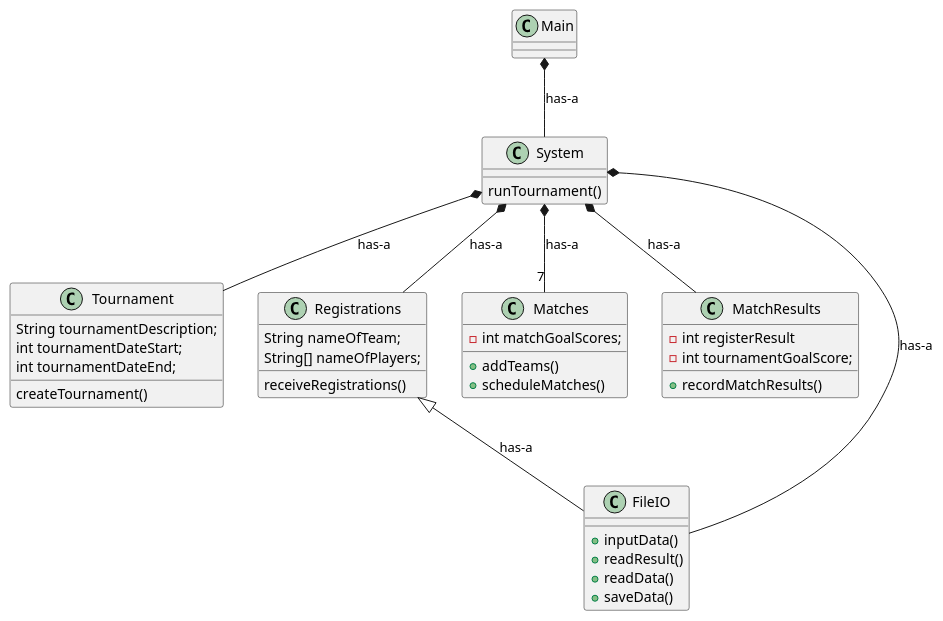
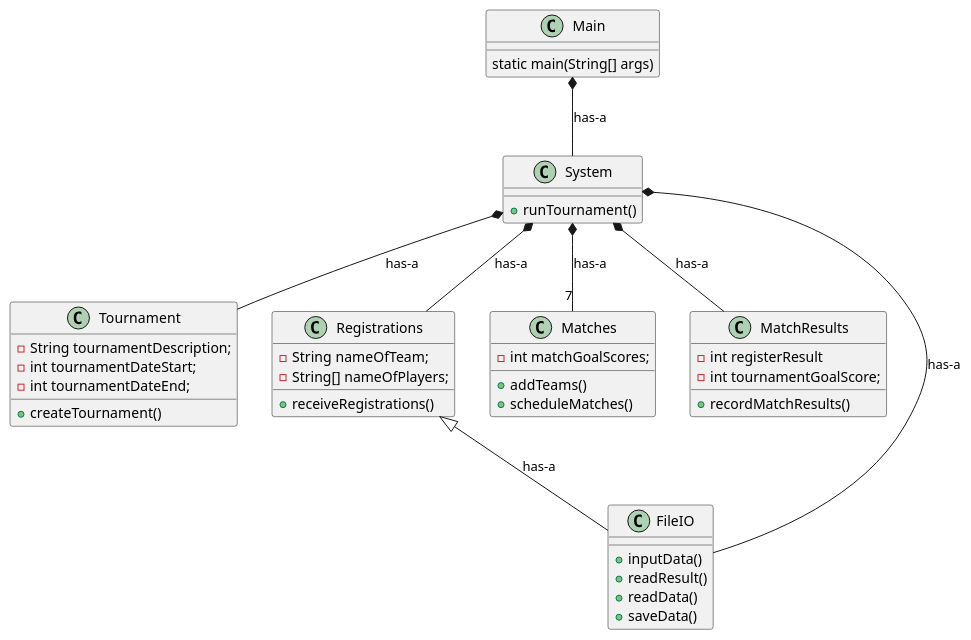
The diagram in Documentation/KlasseDiagram.puml (NikolajKaspersen/Tournament), drawn with PlantUML before and after one commit.

Commit message:
KlasseDiagram

```diff
--- a/Documentation/KlasseDiagram.puml
+++ b/Documentation/KlasseDiagram.puml
@@ -1,59 +1,60 @@
 @startuml
 class Main
 {
+static main(String[] args)
 }
 
 class System
 {
-    runTournament()
+    +runTournament()
 }
 
 class Tournament
 {
-    String tournamentDescription;
-    int tournamentDateStart;
-    int tournamentDateEnd;
+    -String tournamentDescription;
+    -int tournamentDateStart;
+    -int tournamentDateEnd;
 
-    createTournament()
+    +createTournament()
 }
 
 class Registrations
 {
-    String nameOfTeam;
-    String[] nameOfPlayers;
+    -String nameOfTeam;
+    -String[] nameOfPlayers;
 
-    receiveRegistrations()
+    +receiveRegistrations()
 }
 
 class Matches
 {
     -int matchGoalScores;
 
     +addTeams()
     +scheduleMatches()
 }
 
 class MatchResults
 {
     - int registerResult
     - int tournamentGoalScore;
     +recordMatchResults()
 }
 
 class FileIO
 {
     +inputData()
     +readResult()
     +readData()
     +saveData()
 }
 
 System *-- Tournament: has-a
 System *-- Registrations: has-a
 System *-- "7"Matches: has-a
 System *-- MatchResults: has-a
 System *-- FileIO: has-a
 Registrations <|-- FileIO:has-a
 Main *-- System: has-a
 
 @enduml
```
